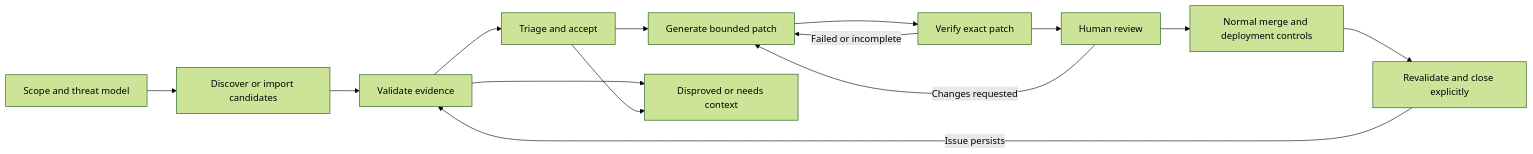
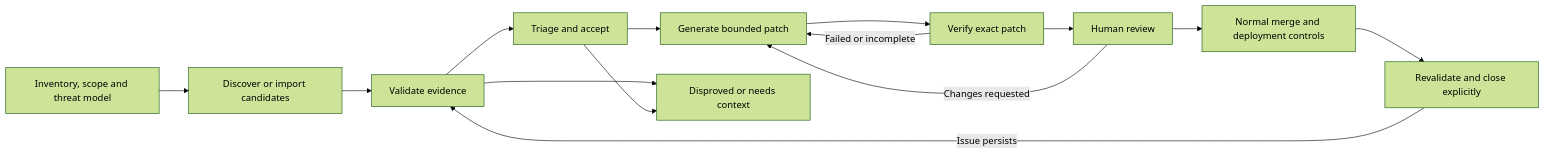
The diagram in docs/prep/refactor-plan.md (markusweldon/openfix), drawn with Mermaid (forest theme) before and after one commit. The commit also changed other lines of this file and 20 other files, not shown here.

````diff
--- a/docs/prep/refactor-plan.md
+++ b/docs/prep/refactor-plan.md
@@ -13,16 +13,16 @@
 ```mermaid
 flowchart LR
-    S[Scope and threat model] --> D[Discover or import candidates]
+    S[Inventory, scope and threat model] --> D[Discover or import candidates]
     D --> V[Validate evidence]
     V --> T[Triage and accept]
     T --> P[Generate bounded patch]
     P --> X[Verify exact patch]
     X --> H[Human review]
     H --> M[Normal merge and deployment controls]
     M --> C[Revalidate and close explicitly]
     V --> Q[Disproved or needs context]
     T --> Q
     X -->|Failed or incomplete| P
     H -->|Changes requested| P
     C -->|Issue persists| V
 ```
````
